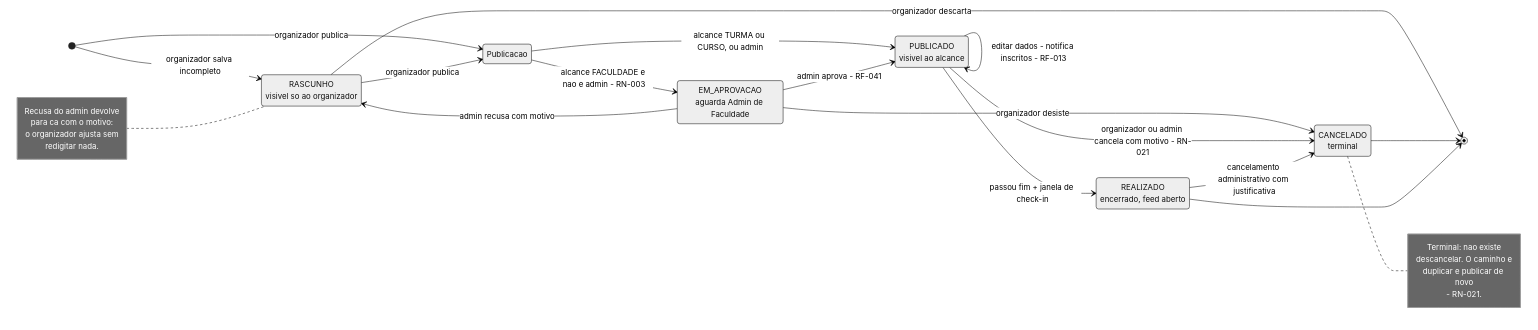
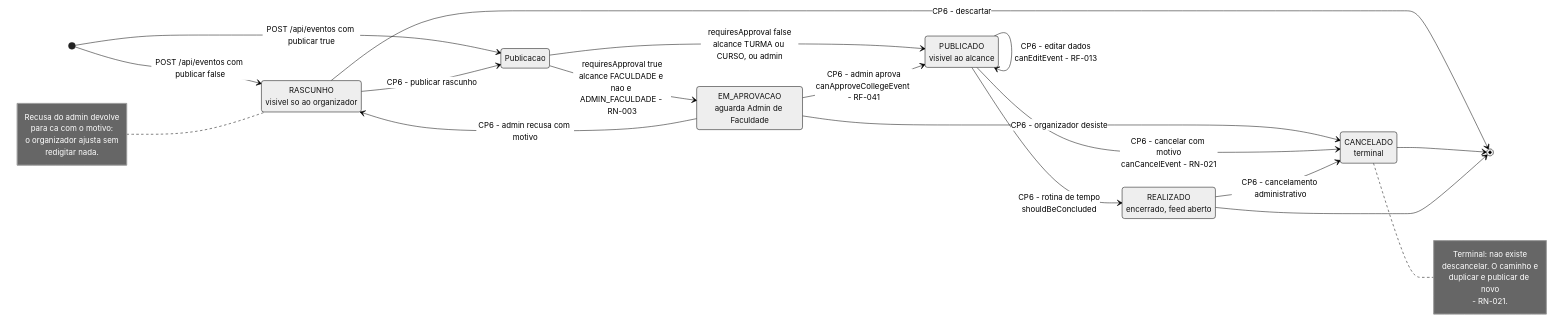
One commit to lukiin-z/campus changed the second of 2 diagrams in docs/05-modelagem/06-diagrama-estados.md. Above: the diagram before and after it, drawn with Mermaid (neutral theme). The commit also changed other lines of this file and 29 other files, not shown here.

First line of the commit message:
docs(uml): refaz sequencia e atividade a partir do codigo, nao da intencao

````diff
--- a/docs/05-modelagem/06-diagrama-estados.md
+++ b/docs/05-modelagem/06-diagrama-estados.md
@@ -130,46 +232,46 @@
 ```mermaid
 stateDiagram-v2
     direction LR
-    [*] --> RASCUNHO : organizador salva incompleto
-    [*] --> Publicacao : organizador publica
+    [*] --> RASCUNHO : POST /api/eventos com publicar false
+    [*] --> Publicacao : POST /api/eventos com publicar true
 
     state Publicacao <<choice>>
-    Publicacao --> EM_APROVACAO : alcance FACULDADE e nao e admin - RN-003
-    Publicacao --> PUBLICADO : alcance TURMA ou CURSO, ou admin
+    Publicacao --> EM_APROVACAO : requiresApproval true<br/>alcance FACULDADE e nao e ADMIN_FACULDADE - RN-003
+    Publicacao --> PUBLICADO : requiresApproval false<br/>alcance TURMA ou CURSO, ou admin
 
     state "RASCUNHO<br/>visivel so ao organizador" as RASCUNHO
     state "EM_APROVACAO<br/>aguarda Admin de Faculdade" as EM_APROVACAO
     state "PUBLICADO<br/>visivel ao alcance" as PUBLICADO
     state "REALIZADO<br/>encerrado, feed aberto" as REALIZADO
     state "CANCELADO<br/>terminal" as CANCELADO
 
-    RASCUNHO --> Publicacao : organizador publica
-    RASCUNHO --> [*] : organizador descarta
+    RASCUNHO --> Publicacao : CP6 - publicar rascunho
+    RASCUNHO --> [*] : CP6 - descartar
 
-    EM_APROVACAO --> PUBLICADO : admin aprova - RF-041
-    EM_APROVACAO --> RASCUNHO : admin recusa com motivo
-    EM_APROVACAO --> CANCELADO : organizador desiste
+    EM_APROVACAO --> PUBLICADO : CP6 - admin aprova<br/>canApproveCollegeEvent - RF-041
+    EM_APROVACAO --> RASCUNHO : CP6 - admin recusa com motivo
+    EM_APROVACAO --> CANCELADO : CP6 - organizador desiste
 
-    PUBLICADO --> PUBLICADO : editar dados - notifica inscritos - RF-013
-    PUBLICADO --> REALIZADO : passou fim + janela de check-in
-    PUBLICADO --> CANCELADO : organizador ou admin cancela com motivo - RN-021
+    PUBLICADO --> PUBLICADO : CP6 - editar dados<br/>canEditEvent - RF-013
+    PUBLICADO --> REALIZADO : CP6 - rotina de tempo<br/>shouldBeConcluded
+    PUBLICADO --> CANCELADO : CP6 - cancelar com motivo<br/>canCancelEvent - RN-021
 
-    REALIZADO --> CANCELADO : cancelamento administrativo com justificativa
+    REALIZADO --> CANCELADO : CP6 - cancelamento administrativo
 
     CANCELADO --> [*]
     REALIZADO --> [*]
 
     note right of CANCELADO
         Terminal: nao existe
         descancelar. O caminho e
         duplicar e publicar de novo
         - RN-021.
     end note
 
     note left of RASCUNHO
         Recusa do admin devolve
         para ca com o motivo:
         o organizador ajusta sem
         redigitar nada.
     end note
 ```
````
